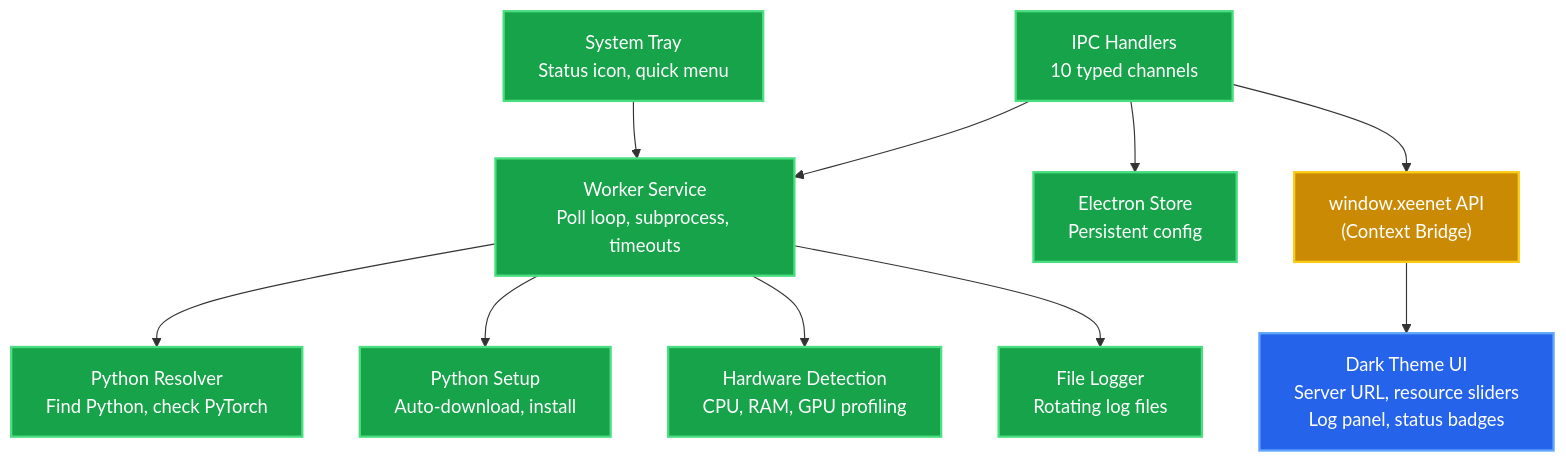
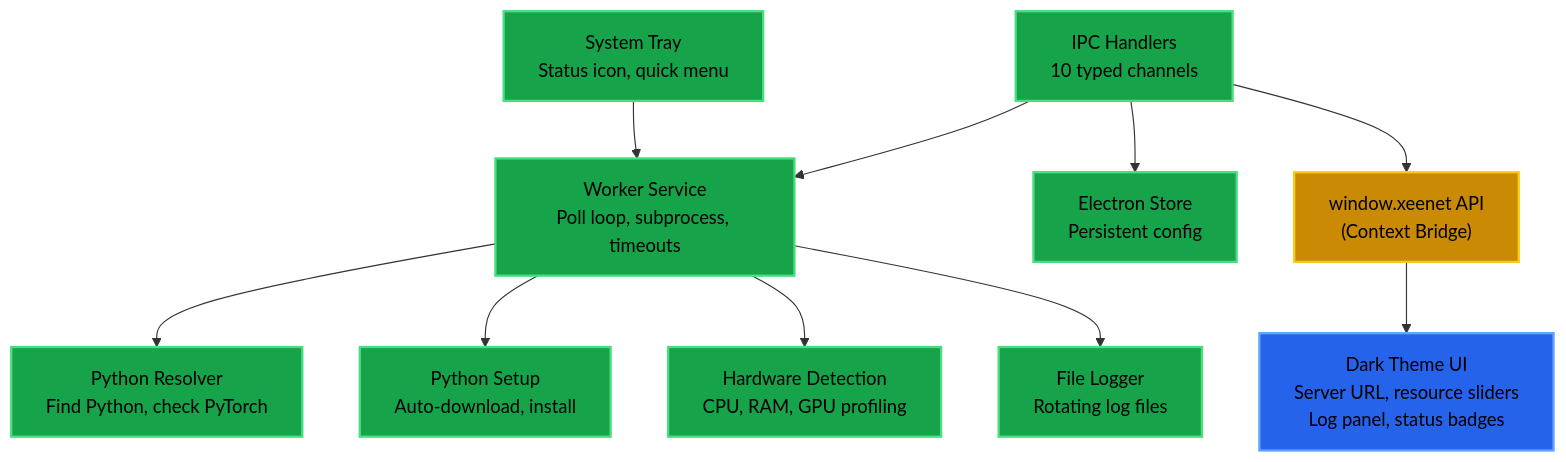
One commit to xeeva/XeeNet changed the diagram in docs/desktop-worker.md. Above: the diagram before and after it, drawn with Mermaid. The commit also changed 4 other files, not shown here.

First line of the commit message:
Force black text in Mermaid nodes via theme config and inline styles

```diff
--- a/docs/desktop-worker.md
+++ b/docs/desktop-worker.md
@@ -57,36 +57,36 @@
   <div class="mermaid">
   graph TB
     WS["Worker Service<br/>Poll loop, subprocess, timeouts"]
     PR["Python Resolver<br/>Find Python, check PyTorch"]
     PS["Python Setup<br/>Auto-download, install"]
     HD["Hardware Detection<br/>CPU, RAM, GPU profiling"]
     IPC["IPC Handlers<br/>10 typed channels"]
     STORE["Electron Store<br/>Persistent config"]
     TRAY["System Tray<br/>Status icon, quick menu"]
     LOG["File Logger<br/>Rotating log files"]
 
     API["window.xeenet API<br/>(Context Bridge)"]
 
     UI["Dark Theme UI<br/>Server URL, resource sliders<br/>Log panel, status badges"]
 
     WS --> PR
     WS --> PS
     WS --> HD
     IPC --> WS
     IPC --> STORE
     IPC --> API
     API --> UI
     WS --> LOG
     TRAY --> WS
 
-    style WS fill:#16a34a,stroke:#4ade80,stroke-width:2px,color:#fff
-    style PR fill:#16a34a,stroke:#4ade80,stroke-width:2px,color:#fff
-    style PS fill:#16a34a,stroke:#4ade80,stroke-width:2px,color:#fff
-    style HD fill:#16a34a,stroke:#4ade80,stroke-width:2px,color:#fff
-    style IPC fill:#16a34a,stroke:#4ade80,stroke-width:2px,color:#fff
-    style STORE fill:#16a34a,stroke:#4ade80,stroke-width:2px,color:#fff
-    style TRAY fill:#16a34a,stroke:#4ade80,stroke-width:2px,color:#fff
-    style LOG fill:#16a34a,stroke:#4ade80,stroke-width:2px,color:#fff
-    style API fill:#ca8a04,stroke:#facc15,stroke-width:2px,color:#fff
-    style UI fill:#2563eb,stroke:#60a5fa,stroke-width:2px,color:#fff
+    style WS fill:#16a34a,stroke:#4ade80,stroke-width:2px,color:#000
+    style PR fill:#16a34a,stroke:#4ade80,stroke-width:2px,color:#000
+    style PS fill:#16a34a,stroke:#4ade80,stroke-width:2px,color:#000
+    style HD fill:#16a34a,stroke:#4ade80,stroke-width:2px,color:#000
+    style IPC fill:#16a34a,stroke:#4ade80,stroke-width:2px,color:#000
+    style STORE fill:#16a34a,stroke:#4ade80,stroke-width:2px,color:#000
+    style TRAY fill:#16a34a,stroke:#4ade80,stroke-width:2px,color:#000
+    style LOG fill:#16a34a,stroke:#4ade80,stroke-width:2px,color:#000
+    style API fill:#ca8a04,stroke:#facc15,stroke-width:2px,color:#000
+    style UI fill:#2563eb,stroke:#60a5fa,stroke-width:2px,color:#000
   </div>
```
